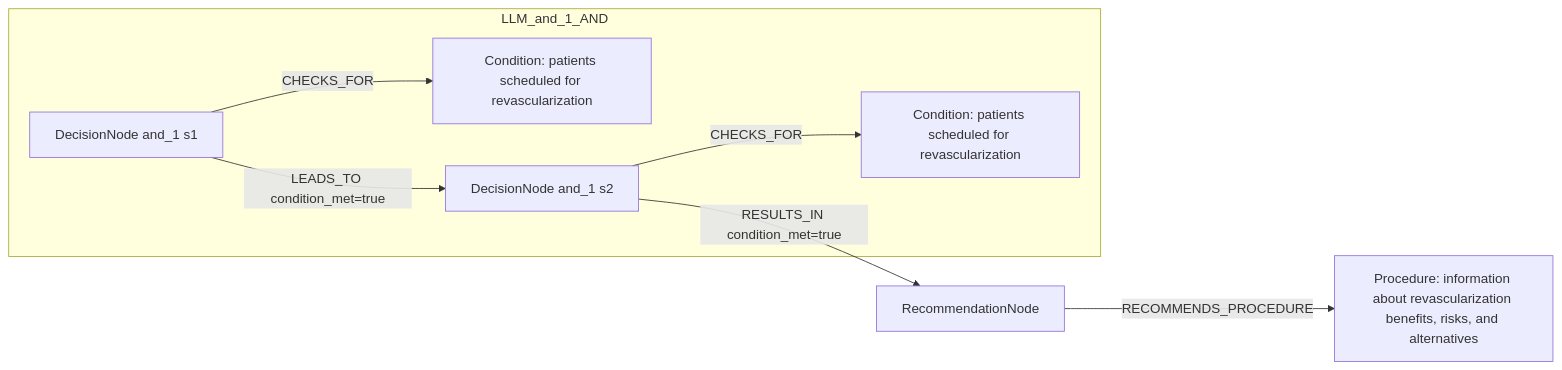
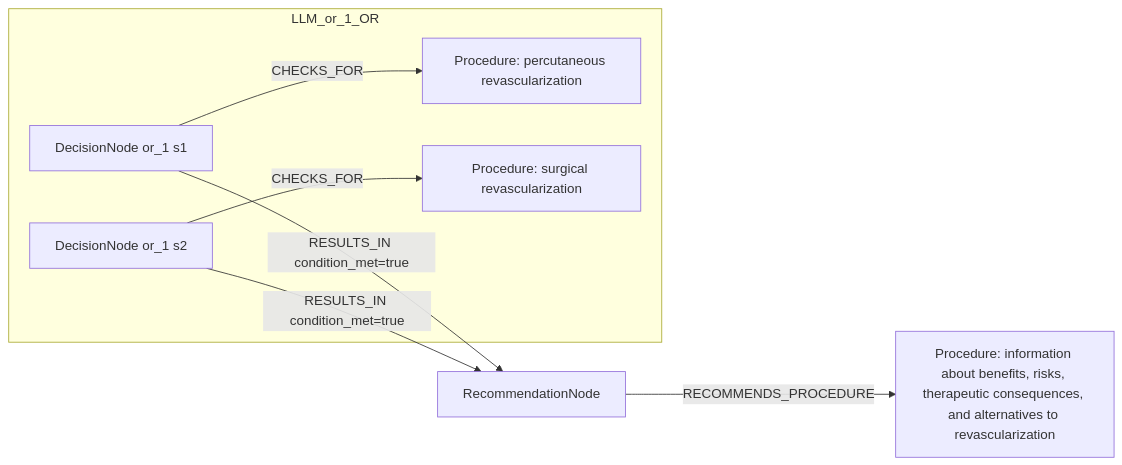
Before and after one commit to dieterich-lab/CardioGuidelinesGraph: the second of 2 diagrams in docs/table22_rows/row_01.md, drawn with Mermaid. The commit also changed other lines of this file and 2 other files, not shown here.

Commit message:
Update table22 row_01 reports from live LLM run

````diff
--- a/docs/table22_rows/row_01.md
+++ b/docs/table22_rows/row_01.md
@@ -208,16 +220,16 @@
 ```mermaid
 graph LR
   REC[RecommendationNode]
-  ACT1[Procedure: information about revascularization benefits, risks, and alternatives]
+  ACT1[Procedure: information about benefits, risks, therapeutic consequences, and alternatives to revascularization]
   REC -->|RECOMMENDS_PROCEDURE| ACT1
-  subgraph LLM_and_1_AND
-    D_and_1_1[DecisionNode and_1 s1]
-    C_and_1_1[Condition: patients scheduled for revascularization]
-    D_and_1_1 -->|CHECKS_FOR| C_and_1_1
-    D_and_1_2[DecisionNode and_1 s2]
-    C_and_1_2[Condition: patients scheduled for revascularization]
-    D_and_1_2 -->|CHECKS_FOR| C_and_1_2
-    D_and_1_1 -->|LEADS_TO condition_met=true| D_and_1_2
+  subgraph LLM_or_1_OR
+    D_or_1_1[DecisionNode or_1 s1]
+    C_or_1_1[Procedure: percutaneous revascularization]
+    D_or_1_1 -->|CHECKS_FOR| C_or_1_1
+    D_or_1_2[DecisionNode or_1 s2]
+    C_or_1_2[Procedure: surgical revascularization]
+    D_or_1_2 -->|CHECKS_FOR| C_or_1_2
   end
-  D_and_1_2 -->|RESULTS_IN condition_met=true| REC
+  D_or_1_1 -->|RESULTS_IN condition_met=true| REC
+  D_or_1_2 -->|RESULTS_IN condition_met=true| REC
 ```
````
